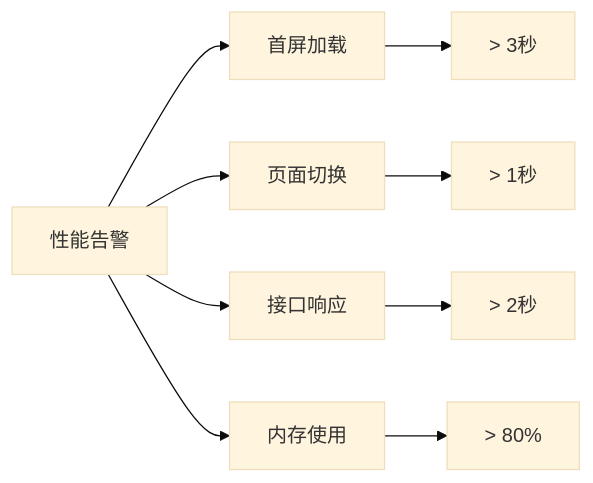
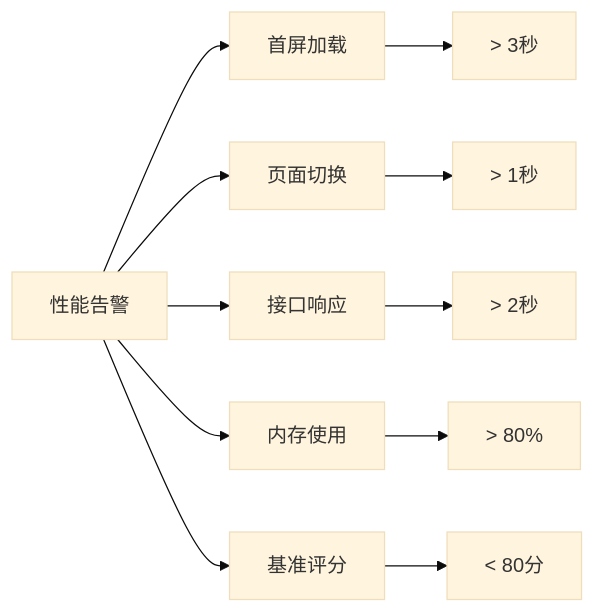
Before and after one commit to zhangxin19911211-creator/Project_BabyAssistant: the ninth of 14 diagrams in .qoder/repowiki/zh/content/性能优化/性能监控方案.md, drawn with Mermaid (base theme). The commit also changed other lines of this file and 24 other files, not shown here.

````diff
--- a/.qoder/repowiki/zh/content/性能优化/性能监控方案.md
+++ b/.qoder/repowiki/zh/content/性能优化/性能监控方案.md
@@ -378,11 +502,13 @@
 ```mermaid
 graph LR
 A[性能告警] --> B[首屏加载]
 A --> C[页面切换]
 A --> D[接口响应]
 A --> E[内存使用]
-B --> F[> 3秒]
-C --> G[> 1秒]
-D --> H[> 2秒]
-E --> I[> 80%]
+A --> F[基准评分]
+B --> G[> 3秒]
+C --> H[> 1秒]
+D --> I[> 2秒]
+E --> J[> 80%]
+F --> K[< 80分]
 ```
````
